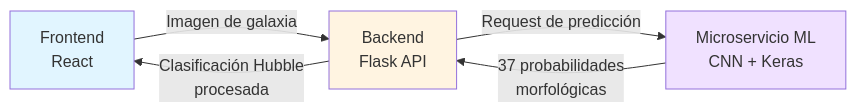
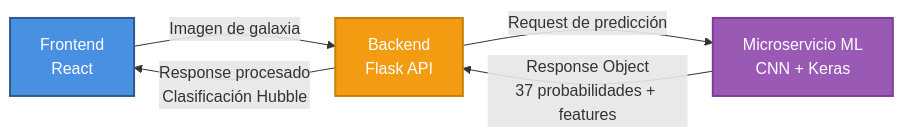
The first of 2 diagrams in README.md (Proyecto-2025/Machine_Learning_Galaxyes_Classifier_Project), drawn with Mermaid before and after one commit. The commit also changed other lines of this file, not shown here.

````diff
--- a/README.md
+++ b/README.md
@@ -17,11 +17,11 @@
 ```mermaid
 graph LR
     A[Frontend<br/>React] -->|Imagen de galaxia| B[Backend<br/>Flask API]
     B -->|Request de predicción| C[Microservicio ML<br/>CNN + Keras]
-    C -->|37 probabilidades<br/>morfológicas| B
-    B -->|Clasificación Hubble<br/>procesada| A
+    C -->|Response Object<br/>37 probabilidades + features| B
+    B -->|Response procesado<br/>Clasificación Hubble| A
     
-    style A fill:#e1f5ff
-    style B fill:#fff4e1
-    style C fill:#f0e1ff
+    style A fill:#4A90E2,stroke:#2E5C8A,stroke-width:2px,color:#fff
+    style B fill:#F39C12,stroke:#C87F0A,stroke-width:2px,color:#fff
+    style C fill:#9B59B6,stroke:#7D3C98,stroke-width:2px,color:#fff
 ```
````
